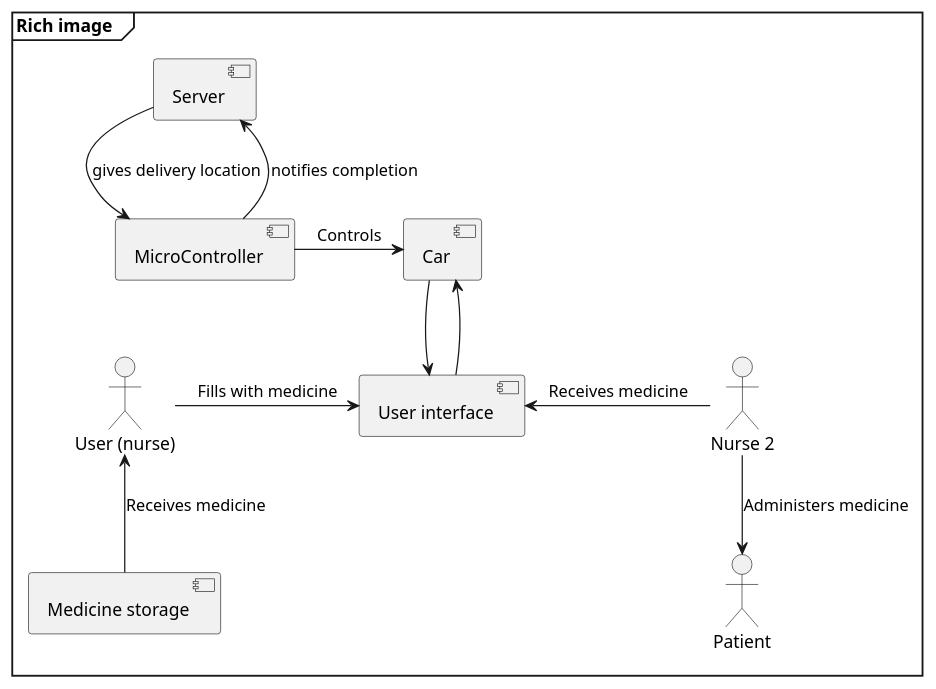
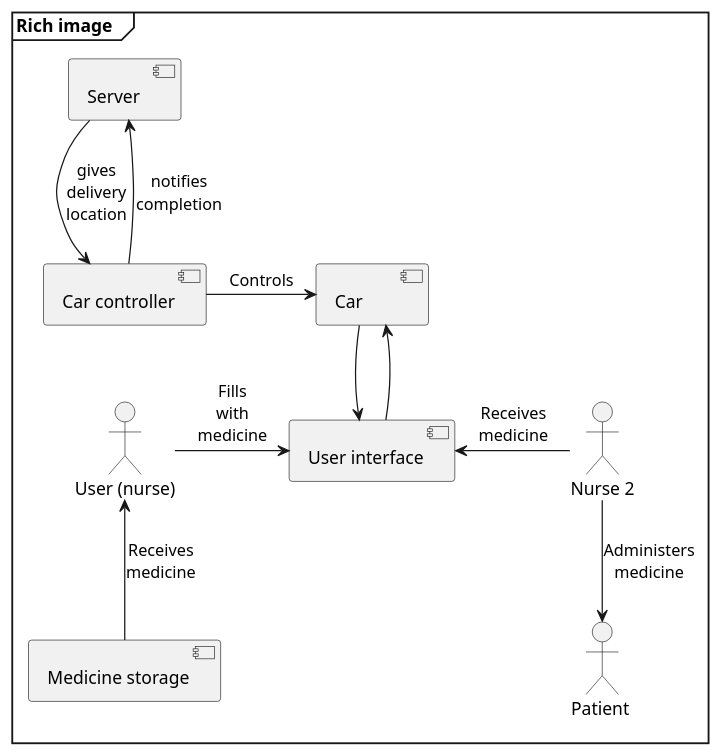
The diagram in docs/diagrams/Plantuml/Project Concept/projectConcept.puml (lineklemensen/PRJ3), drawn with PlantUML before and after one commit.

Commit message:
Rename mc to car controller

```diff
--- a/docs/diagrams/Plantuml/Project Concept/projectConcept.puml
+++ b/docs/diagrams/Plantuml/Project Concept/projectConcept.puml
@@ -1,27 +1,29 @@
 @startuml Project concept
 mainframe **Rich image\t**
 
 'Alternative fomatting
 'left to right direction
 'skinparam linetype ortho
+skinparam maxmessagesize 50
+skinparam MinClassWidth 50
 
 component Server as srv
 component Car as car
-component MicroController as mc
+component "Car controller" as carCon
 component "Medicine storage" as meds
 component "User interface" as ui
 actor "User (nurse)" as usr
 actor "Nurse 2" as nurse2
 actor Patient as pat
 
 car --> ui
 ui --> car
 nurse2 -l-> ui : Receives medicine
 nurse2 -d-> pat : Administers medicine
-mc -r-> car : Controls
+carCon -r-> car : Controls
 meds -u-> usr : Receives medicine
 usr -r-> ui : Fills with medicine
-srv -d-> mc : gives delivery location
-mc -u-> srv : notifies completion
+srv -d-> carCon : gives delivery location
+carCon -u-> srv : notifies completion
 
 @enduml
```
